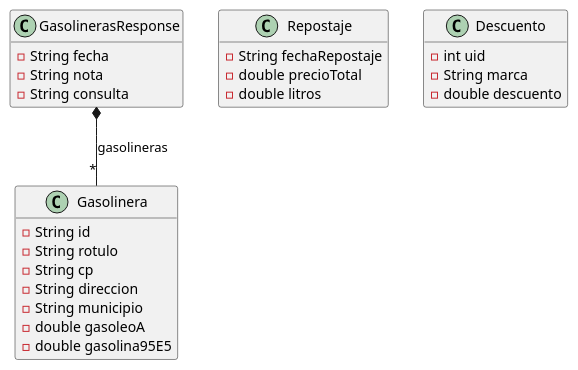
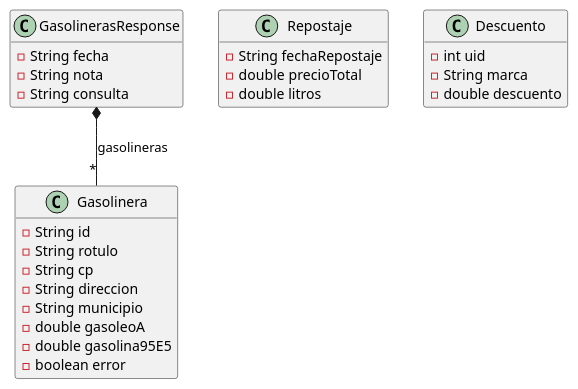
Before and after one commit to isunican/App-Gasolineras-Grupo3: the diagram in Docs/Models/domain.puml, drawn with PlantUML. The commit also changed 1 other file, not shown here.

Commit message:
Corregido el diagrama de dominio

```diff
--- a/Docs/Models/domain.puml
+++ b/Docs/Models/domain.puml
@@ -1,37 +1,38 @@
 @startuml
 
 hide empty members
 
 class Gasolinera {
     - String id
     - String rotulo
     - String cp
     - String direccion
     - String municipio
     - double gasoleoA
     - double gasolina95E5
+    - boolean error
 }
 
 class GasolinerasResponse {
     - String fecha
     - String nota
     - String consulta
 }
 
 class Repostaje {
       - String fechaRepostaje
       - double precioTotal
       - double litros
 }
 
 class Descuento {
       - int uid
       - String marca
       - double descuento
 }
 
 
 
 GasolinerasResponse *-- "*" Gasolinera : gasolineras
 
 @enduml
```
